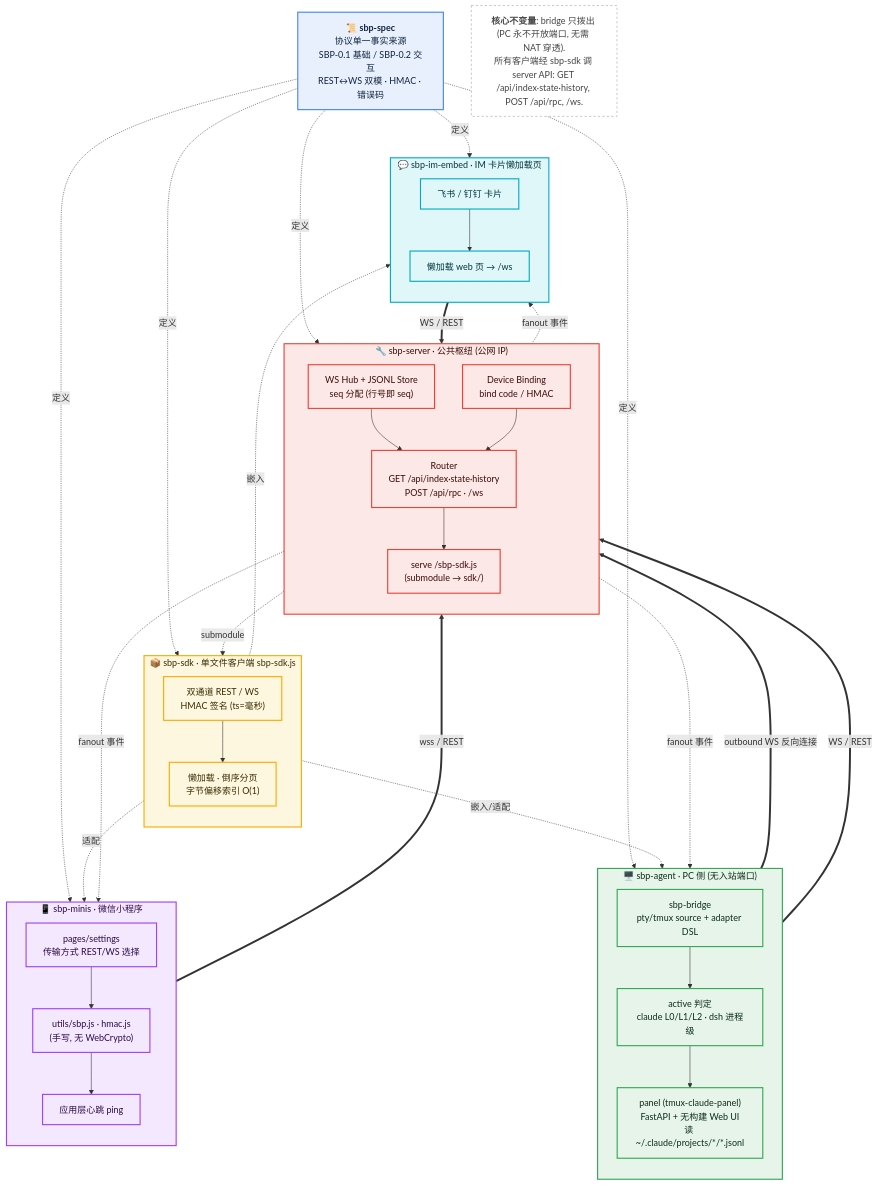
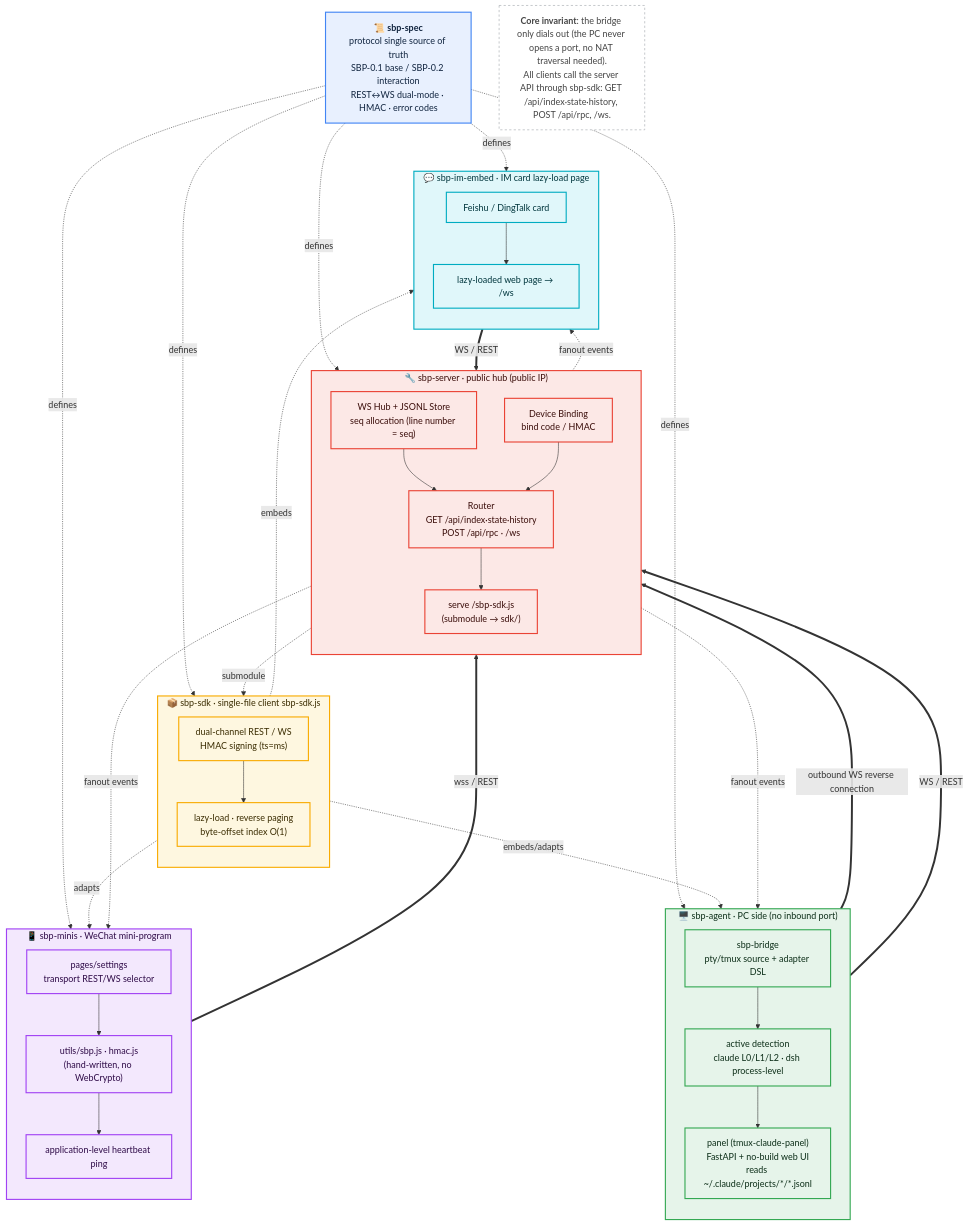
Before and after one commit to sbp4ai/sbp-spec: the diagram in README.md, drawn with Mermaid. The commit also changed other lines of this file, not shown here.

```diff
--- a/README.md
+++ b/README.md
@@ -32,11 +33,11 @@
     classDef c_emb  fill:#E0F7FA,stroke:#00ACC1,stroke-width:2px,color:#00363d
     classDef c_note fill:#FFFFFF,stroke:#9AA0A6,stroke-width:1px,stroke-dasharray:4 4,color:#444
 
-    SPEC["<b>📜 sbp-spec</b><br/>协议单一事实来源<br/>SBP-0.1 基础 / SBP-0.2 交互<br/>REST↔WS 双模 · HMAC · 错误码"]
+    SPEC["<b>📜 sbp-spec</b><br/>protocol single source of truth<br/>SBP-0.1 base / SBP-0.2 interaction<br/>REST↔WS dual-mode · HMAC · error codes"]
 
-    subgraph SRV["🔧 sbp-server · 公共枢纽 (公网 IP)"]
+    subgraph SRV["🔧 sbp-server · public hub (public IP)"]
         direction TB
-        SRV_H["WS Hub + JSONL Store<br/>seq 分配 (行号即 seq)"]
+        SRV_H["WS Hub + JSONL Store<br/>seq allocation (line number = seq)"]
         SRV_D["Device Binding<br/>bind code / HMAC"]
         SRV_R["Router<br/>GET /api/index·state·history<br/>POST /api/rpc · /ws"]
         SRV_S["serve /sbp-sdk.js<br/>(submodule → sdk/)"]
@@ -45,59 +46,58 @@
         SRV_R --> SRV_S
     end
 
-    subgraph SDK["📦 sbp-sdk · 单文件客户端 sbp-sdk.js"]
+    subgraph SDK["📦 sbp-sdk · single-file client sbp-sdk.js"]
         direction TB
-        SDK_T["双通道 REST / WS<br/>HMAC 签名 (ts=毫秒)"]
-        SDK_L["懒加载 · 倒序分页<br/>字节偏移索引 O(1)"]
+        SDK_T["dual-channel REST / WS<br/>HMAC signing (ts=ms)"]
+        SDK_L["lazy-load · reverse paging<br/>byte-offset index O(1)"]
         SDK_T --> SDK_L
     end
 
-    subgraph AG["🖥️ sbp-agent · PC 侧 (无入站端口)"]
+    subgraph AG["🖥️ sbp-agent · PC side (no inbound port)"]
         direction TB
         AG_B["sbp-bridge<br/>pty/tmux source + adapter DSL"]
-        AG_A["active 判定<br/>claude L0/L1/L2 · dsh 进程级"]
-        AG_P["panel (tmux-claude-panel)<br/>FastAPI + 无构建 Web UI<br/>读 ~/.claude/projects/*/*.jsonl"]
+        AG_A["active detection<br/>claude L0/L1/L2 · dsh process-level"]
+        AG_P["panel (tmux-claude-panel)<br/>FastAPI + no-build web UI<br/>reads ~/.claude/projects/*/*.jsonl"]
         AG_B --> AG_A --> AG_P
     end
 
-    subgraph MINI["📱 sbp-minis · 微信小程序"]
+    subgraph MINI["📱 sbp-minis · WeChat mini-program"]
         direction TB
-        M_S["pages/settings<br/>传输方式 REST/WS 选择"]
-        M_U["utils/sbp.js · hmac.js<br/>(手写, 无 WebCrypto)"]
-        M_H["应用层心跳 ping"]
+        M_S["pages/settings<br/>transport REST/WS selector"]
+        M_U["utils/sbp.js · hmac.js<br/>(hand-written, no WebCrypto)"]
+        M_H["application-level heartbeat ping"]
         M_S --> M_U --> M_H
     end
 
-    subgraph EMB["💬 sbp-im-embed · IM 卡片懒加载页"]
+    subgraph EMB["💬 sbp-im-embed · IM card lazy-load page"]
         direction TB
-        E_C["飞书 / 钉钉 卡片"]
-        E_L["懒加载 web 页 → /ws"]
+        E_C["Feishu / DingTalk card"]
+        E_L["lazy-loaded web page → /ws"]
         E_C --> E_L
     end
 
-    NOTE["<b>核心不变量</b>: bridge 只拨出 (PC 永不开放端口, 无需 NAT 穿透).<br/>所有客户端经 sbp-sdk 调 server API: GET /api/index·state·history, POST /api/rpc, /ws."]
+    NOTE["<b>Core invariant</b>: the bridge only dials out (the PC never opens a port, no NAT traversal needed).<br/>All clients call the server API through sbp-sdk: GET /api/index·state·history, POST /api/rpc, /ws."]
 
-    %% 依赖关系
-    SPEC -. "定义" .-> SRV
-    SPEC -. "定义" .-> SDK
-    SPEC -. "定义" .-> AG
-    SPEC -. "定义" .-> MINI
-    SPEC -. "定义" .-> EMB
+    SPEC -. "defines" .-> SRV
+    SPEC -. "defines" .-> SDK
+    SPEC -. "defines" .-> AG
+    SPEC -. "defines" .-> MINI
+    SPEC -. "defines" .-> EMB
 
     SRV_S -. "submodule" .-> SDK
 
-    SDK -. "嵌入/适配" .-> AG_P
-    SDK -. "适配" .-> M_U
-    SDK -. "嵌入" .-> E_L
+    SDK -. "embeds/adapts" .-> AG_P
+    SDK -. "adapts" .-> M_U
+    SDK -. "embeds" .-> E_L
 
-    AG_B == "outbound WS 反向连接" ==> SRV_H
+    AG_B == "outbound WS reverse connection" ==> SRV_H
     AG_P == "WS / REST" ==> SRV_R
     M_H  == "wss / REST" ==> SRV_R
     E_L  == "WS / REST" ==> SRV_R
 
-    SRV_H -. "fanout 事件" .-> AG_P
-    SRV_H -. "fanout 事件" .-> M_H
-    SRV_H -. "fanout 事件" .-> E_L
+    SRV_H -. "fanout events" .-> AG_P
+    SRV_H -. "fanout events" .-> M_H
+    SRV_H -. "fanout events" .-> E_L
 
     class SPEC c_spec
     class SRV,SRV_H,SRV_D,SRV_R,SRV_S c_srv
```
